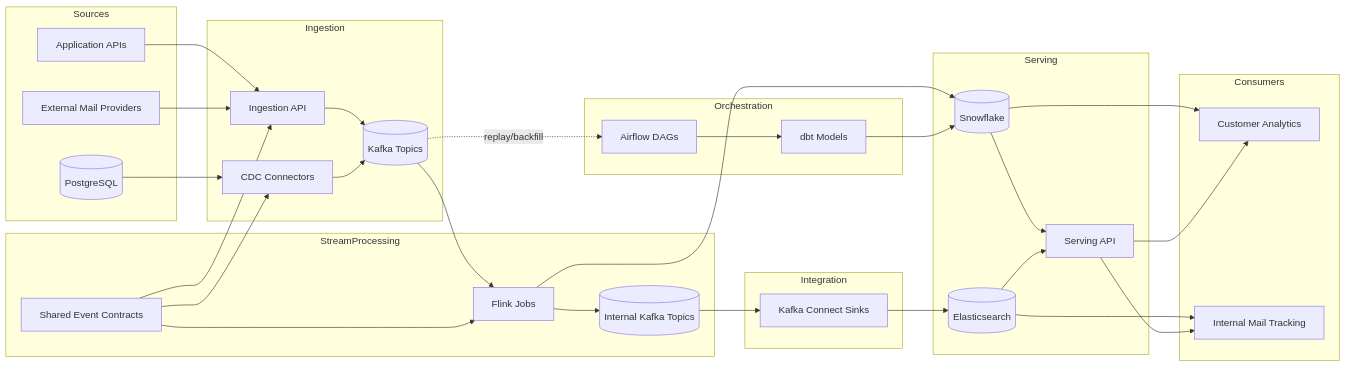
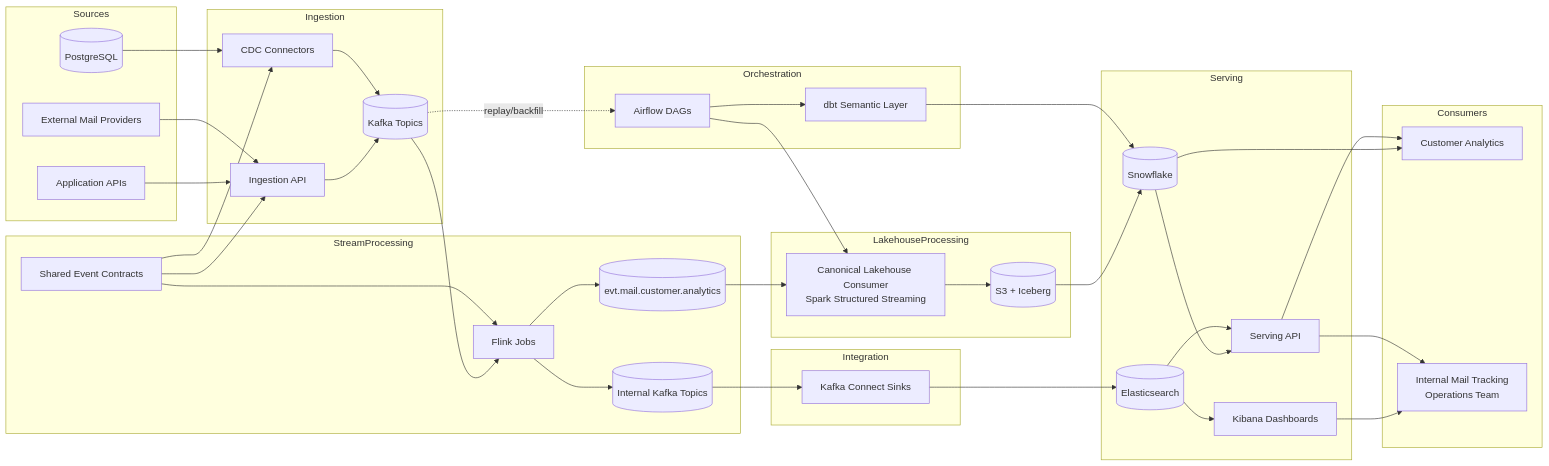
One commit to paulchen8206/Event-Tracking-Platform changed the diagram in docs/diagrams/platform-architecture.md. Above: the diagram before and after it, drawn with Mermaid. The commit also changed 36 other files, not shown here.

````diff
--- a/docs/diagrams/platform-architecture.md
+++ b/docs/diagrams/platform-architecture.md
@@ -9,63 +9,76 @@
 ```mermaid
 flowchart LR
     subgraph Sources
         APP[Application APIs]
         DB[(PostgreSQL)]
         EXT[External Mail Providers]
     end
 
     subgraph Ingestion
         API[Ingestion API]
         CDC[CDC Connectors]
         KAFKA[(Kafka Topics)]
     end
 
     subgraph StreamProcessing
         FLINK[Flink Jobs]
         SCHEMA[Shared Event Contracts]
         KINT[(Internal Kafka Topics)]
+        KCAN[(evt.mail.customer.analytics)]
+    end
+
+    subgraph LakehouseProcessing
+        SPARK[Canonical Lakehouse Consumer
+Spark Structured Streaming]
+        S3[(S3 + Iceberg)]
     end
 
     subgraph Integration
         KCONN[Kafka Connect Sinks]
     end
 
     subgraph Orchestration
         AIRFLOW[Airflow DAGs]
-        DBT[dbt Models]
+        DBT[dbt Semantic Layer]
     end
 
     subgraph Serving
         SNOW[(Snowflake)]
         ES[(Elasticsearch)]
+        KIBANA[Kibana Dashboards]
         SAPI[Serving API]
     end
 
     subgraph Consumers
         CUST[Customer Analytics]
-        OPS[Internal Mail Tracking]
+        OPS[Internal Mail Tracking\n Operations Team]
     end
 
     APP --> API
     DB --> CDC
     EXT --> API
     API --> KAFKA
     CDC --> KAFKA
     KAFKA --> FLINK
     SCHEMA --> API
     SCHEMA --> CDC
     SCHEMA --> FLINK
     FLINK --> KINT
+    FLINK --> KCAN
     KINT --> KCONN
     KCONN --> ES
-    FLINK --> SNOW
+    ES --> KIBANA
+    KIBANA --> OPS
+    KCAN --> SPARK
+    SPARK --> S3
+    S3 --> SNOW
+    AIRFLOW --> SPARK
     AIRFLOW --> DBT
     DBT --> SNOW
     KAFKA -. replay/backfill .-> AIRFLOW
     SNOW --> SAPI
     ES --> SAPI
     SNOW --> CUST
-    ES --> OPS
     SAPI --> CUST
     SAPI --> OPS
 ```
````
